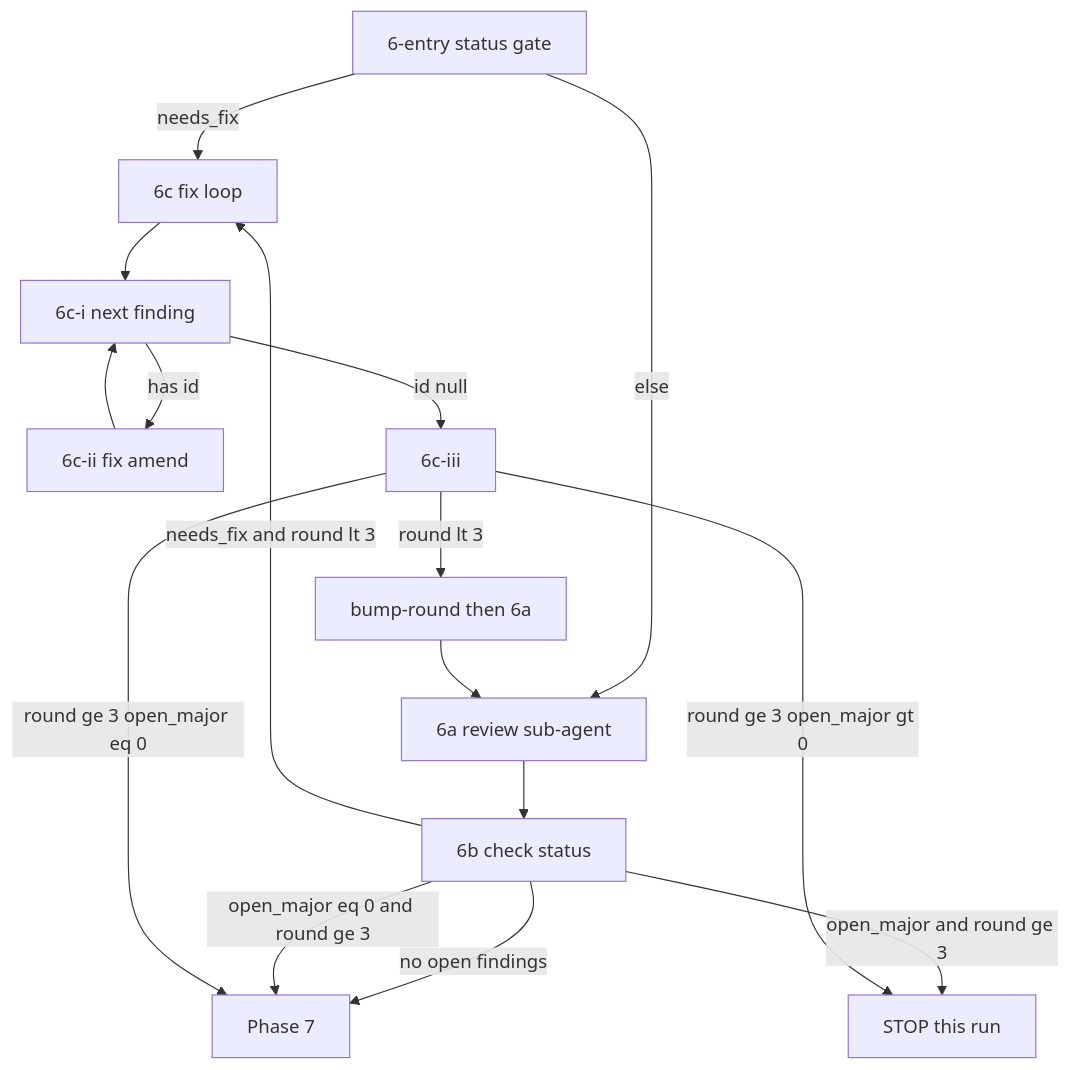
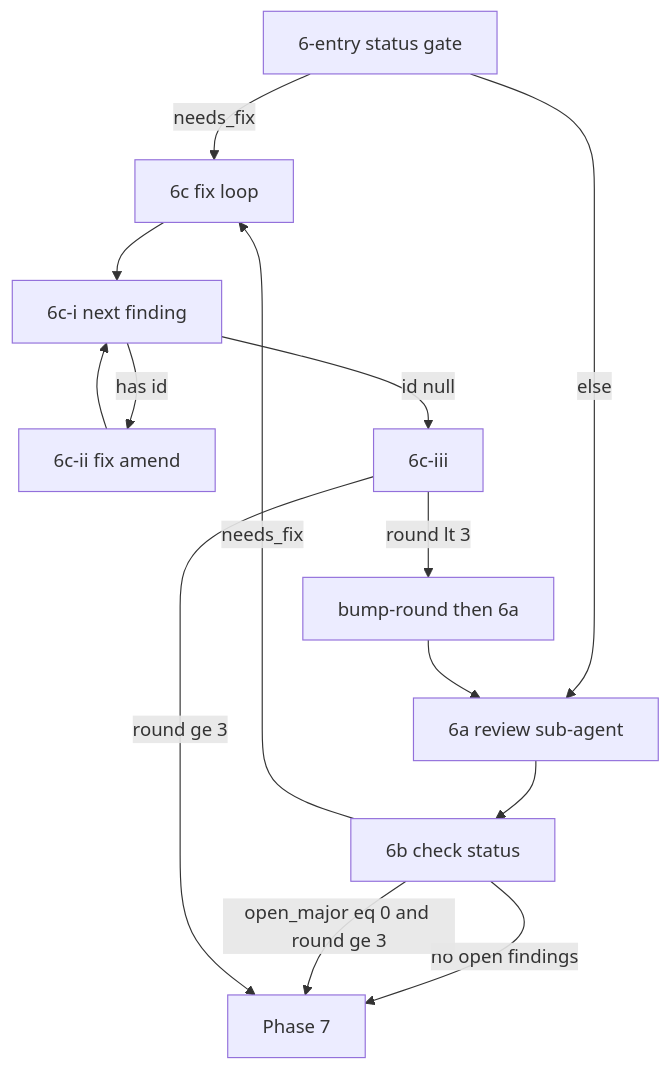
One commit to jiangxin/spex changed the diagram in skills/spex/references/apply-review-loop.md. Above: the diagram before and after it, drawn with Mermaid. The commit also changed other lines of this file and 3 other files, not shown here.

````diff
--- a/skills/spex/references/apply-review-loop.md
+++ b/skills/spex/references/apply-review-loop.md
@@ -8,18 +8,16 @@
 ```mermaid
 flowchart TD
   entry[6-entry status gate] -->|needs_fix| fix[6c fix loop]
   entry -->|else| review[6a review sub-agent]
   review --> check[6b check status]
   check -->|no open findings| phase7[Phase 7]
-  check -->|open_major and round ge 3| stopNode[STOP this run]
   check -->|open_major eq 0 and round ge 3| phase7
-  check -->|needs_fix and round lt 3| fix
+  check -->|needs_fix| fix
   fix --> pick[6c-i next finding]
   pick -->|has id| oneFix[6c-ii fix amend]
   oneFix --> pick
   pick -->|id null| bumpOrDone[6c-iii]
   bumpOrDone -->|round lt 3| bump[bump-round then 6a]
   bump --> review
-  bumpOrDone -->|round ge 3 open_major eq 0| phase7
-  bumpOrDone -->|round ge 3 open_major gt 0| stopNode
+  bumpOrDone -->|round ge 3| phase7
 ```
````
